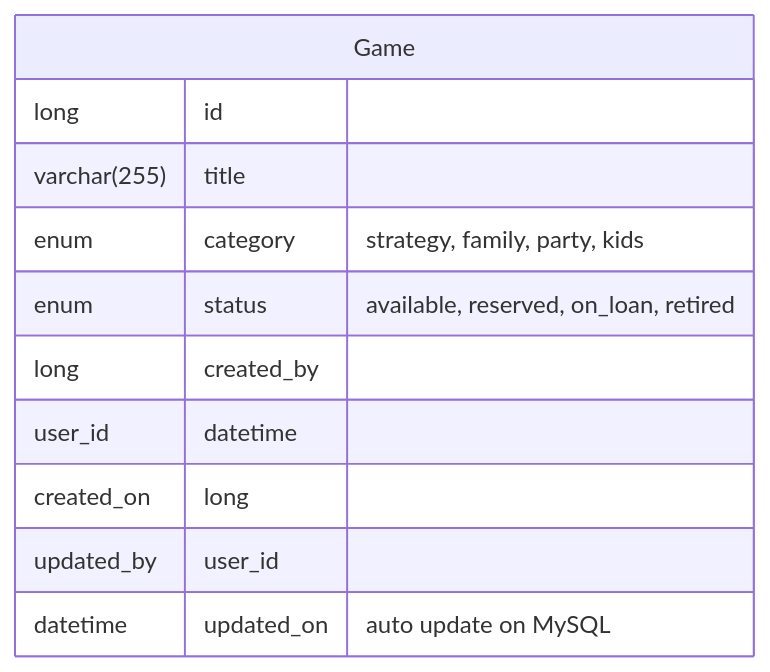
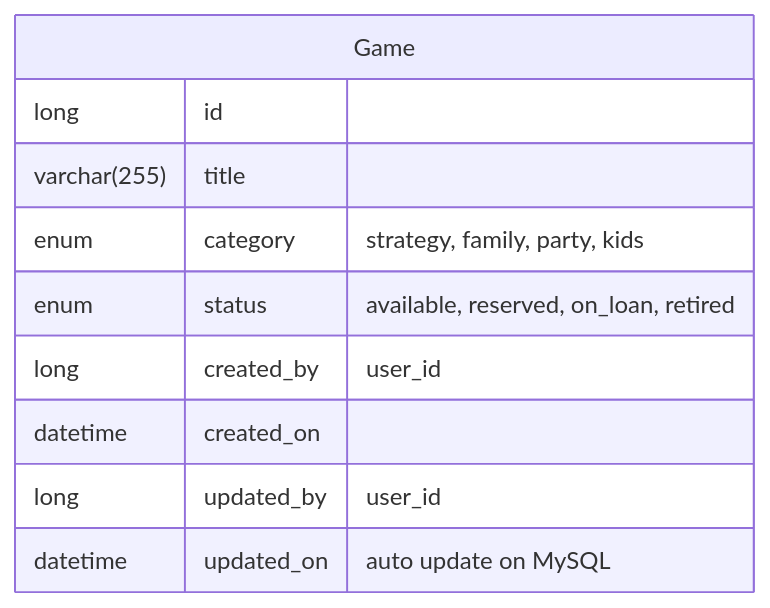
Before and after one commit to WKCheng-Ricky/BoardGameLendingLibrary: the diagram in README.md, drawn with Mermaid. The commit also changed other lines of this file, not shown here.

````diff
--- a/README.md
+++ b/README.md
@@ -21,13 +26,13 @@
 ```mermaid
 erDiagram
     Game{
         long id
         varchar(255) title
         enum category "strategy, family, party, kids"
         enum status "available, reserved, on_loan, retired"
-        long created_by user_id
+        long created_by "user_id"
         datetime created_on
-        long updated_by user_id
+        long updated_by "user_id"
         datetime updated_on "auto update on MySQL"
     }
 ```
````
